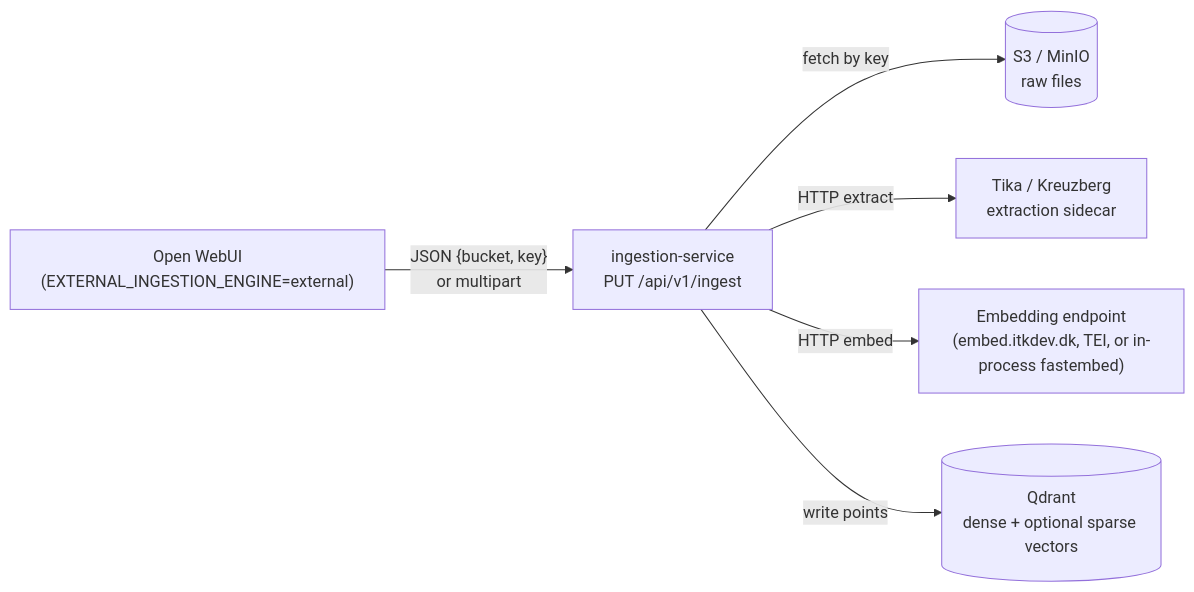
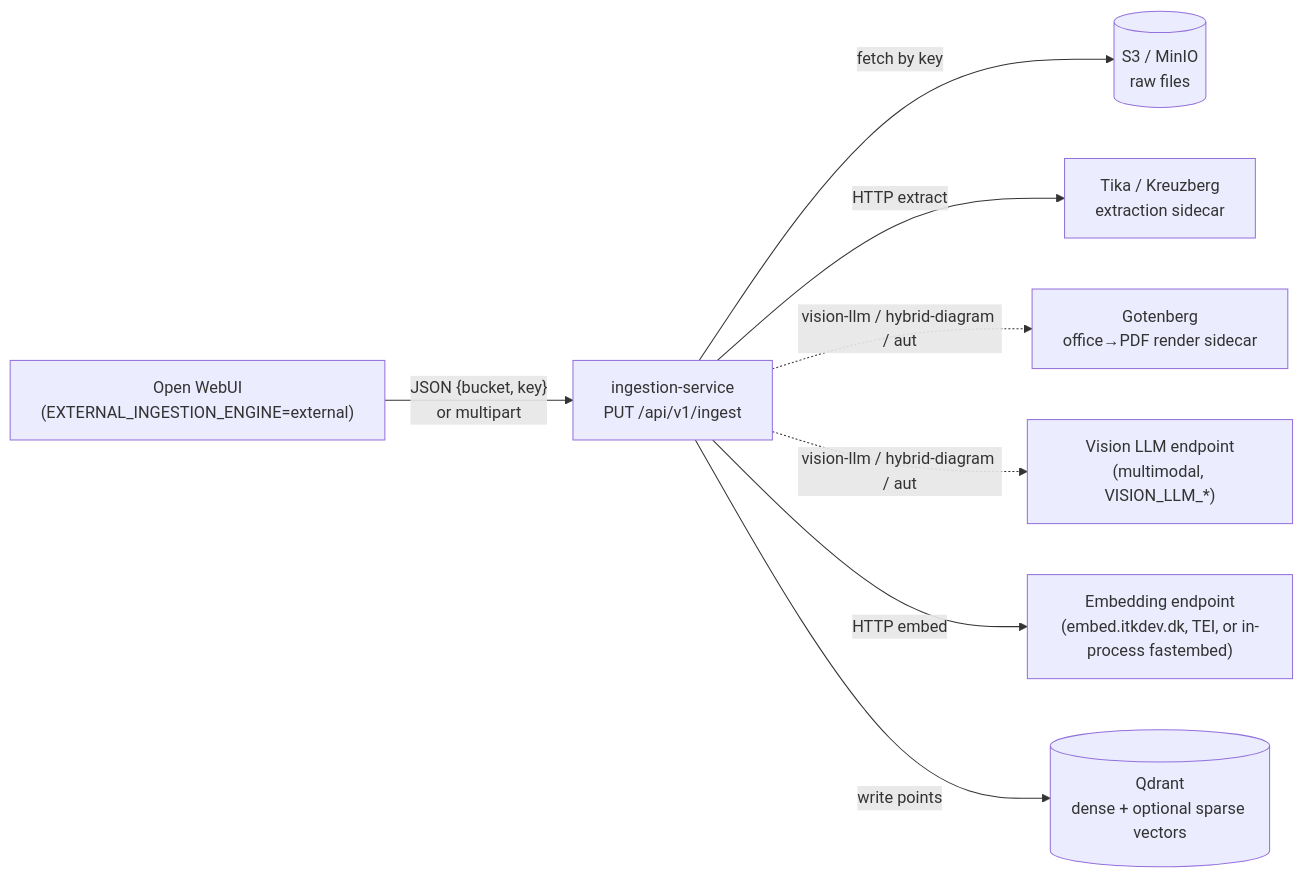
One commit to AarhusAI/ingestion-service changed the first of 2 diagrams in README.md. Above: the diagram before and after it, drawn with Mermaid. The commit also changed other lines of this file and 10 other files, not shown here.

Commit message:
Added figure profile for hybrid extration

````diff
--- a/README.md
+++ b/README.md
@@ -25,15 +25,19 @@
 ```mermaid
 flowchart LR
   OWB["Open WebUI<br/>(EXTERNAL_INGESTION_ENGINE=external)"]
   ING["ingestion-service<br/>PUT /api/v1/ingest"]
   S3[("S3 / MinIO<br/>raw files")]
   SIDE["Tika / Kreuzberg<br/>extraction sidecar"]
+  GOT["Gotenberg<br/>office→PDF render sidecar"]
+  VLM["Vision LLM endpoint<br/>(multimodal, VISION_LLM_*)"]
   EMB["Embedding endpoint<br/>(embed.itkdev.dk, TEI, or in-process fastembed)"]
   QD[("Qdrant<br/>dense + optional sparse vectors")]
 
   OWB -->|"JSON {bucket, key}<br/>or multipart"| ING
   ING -->|fetch by key| S3
   ING -->|HTTP extract| SIDE
+  ING -.vision-llm / hybrid-diagram / auto.-> GOT
+  ING -.vision-llm / hybrid-diagram / auto.-> VLM
   ING -->|HTTP embed| EMB
   ING -->|write points| QD
 ```
````
